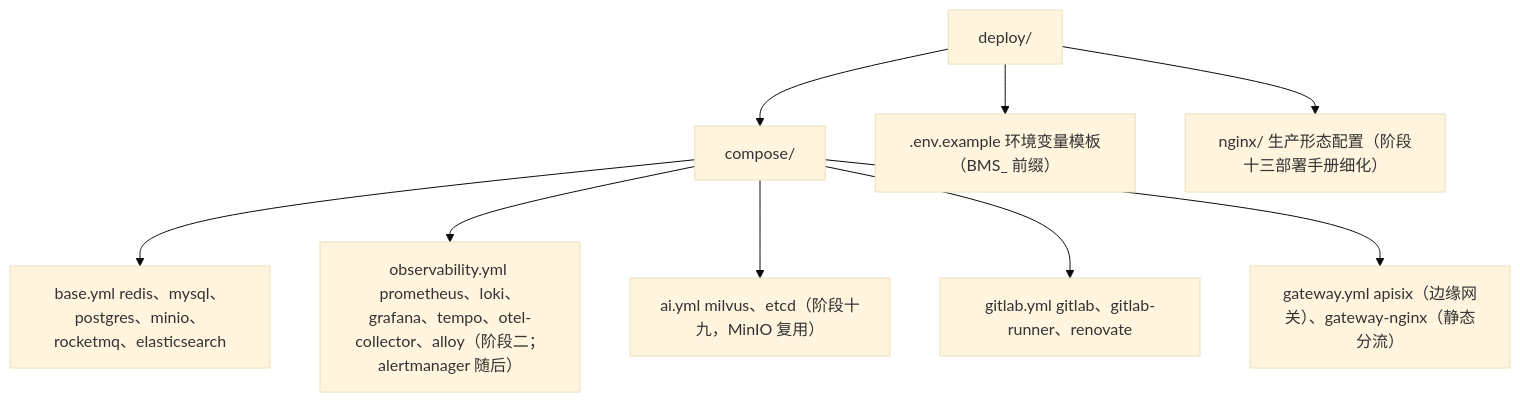
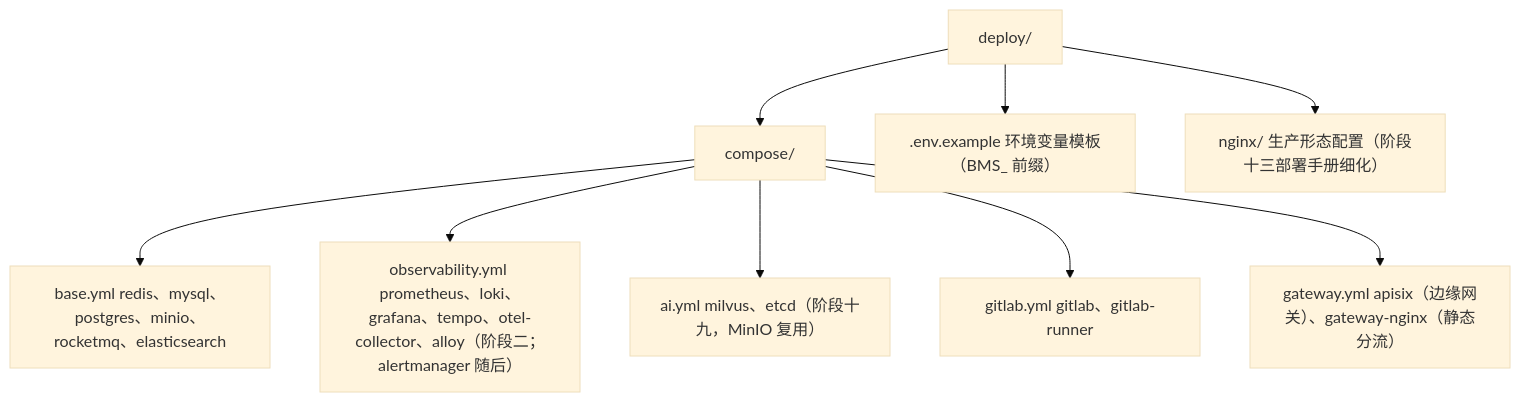
Before and after one commit to minjian123/basic-management-system: the diagram in bms文档/规划/开发部署规划.md, drawn with Mermaid (base theme). The commit also changed other lines of this file and 45 other files, not shown here.

````diff
--- a/bms文档/规划/开发部署规划.md
+++ b/bms文档/规划/开发部署规划.md
@@ -141,11 +141,11 @@
 ```mermaid
 graph TD
     A["deploy/"] --> B["compose/"]
     B --> B1["base.yml redis、mysql、postgres、minio、rocketmq、elasticsearch"]
     B --> B2["observability.yml prometheus、loki、grafana、tempo、otel-collector、alloy（阶段二；alertmanager 随后）"]
     B --> B3["ai.yml milvus、etcd（阶段十九，MinIO 复用）"]
-    B --> B4["gitlab.yml gitlab、gitlab-runner、renovate"]
+    B --> B4["gitlab.yml gitlab、gitlab-runner"]
     B --> B5["gateway.yml apisix（边缘网关）、gateway-nginx（静态分流）"]
     A --> C[".env.example 环境变量模板（BMS_ 前缀）"]
     A --> D["nginx/ 生产形态配置（阶段十三部署手册细化）"]
 ```
````
